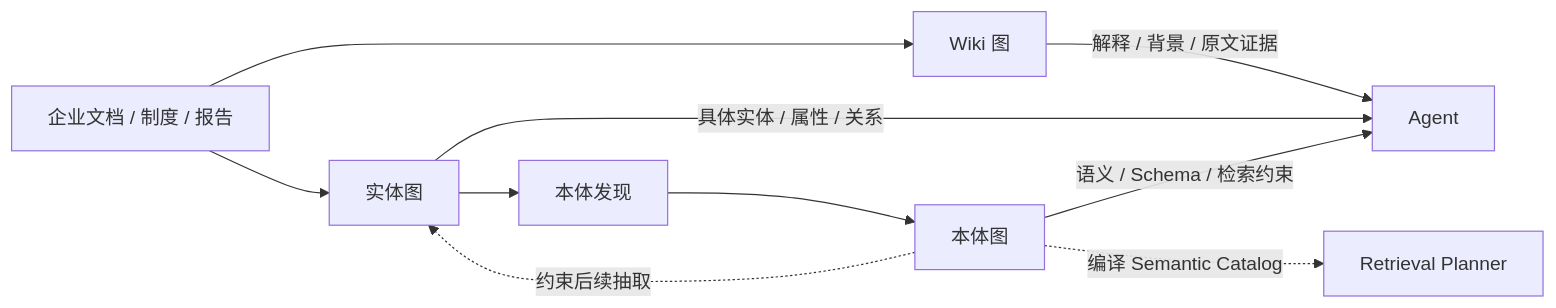
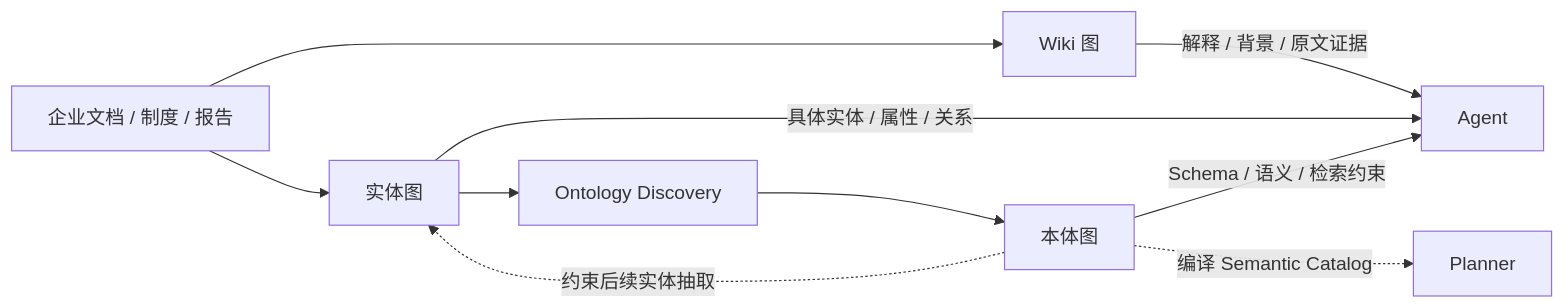
The second of 6 diagrams in README.md (superbuzzy/Weknora-Semantica), drawn with Mermaid before and after one commit. The commit also changed other lines of this file and 23 other files, not shown here.

````diff
--- a/README.md
+++ b/README.md
@@ -147,14 +70,14 @@
 ```mermaid
 flowchart LR
     DOC[企业文档 / 制度 / 报告] --> WG[Wiki 图]
     DOC --> EG[实体图]
-    EG --> OD[本体发现]
+    EG --> OD[Ontology Discovery]
     OD --> OG[本体图]
 
     WG -->|解释 / 背景 / 原文证据| AG[Agent]
     EG -->|具体实体 / 属性 / 关系| AG
-    OG -->|语义 / Schema / 检索约束| AG
+    OG -->|Schema / 语义 / 检索约束| AG
 
-    OG -.约束后续抽取.-> EG
-    OG -.编译 Semantic Catalog.-> RP[Retrieval Planner]
+    OG -.编译 Semantic Catalog.-> RP[Planner]
+    OG -.约束后续实体抽取.-> EG
 ```
````
